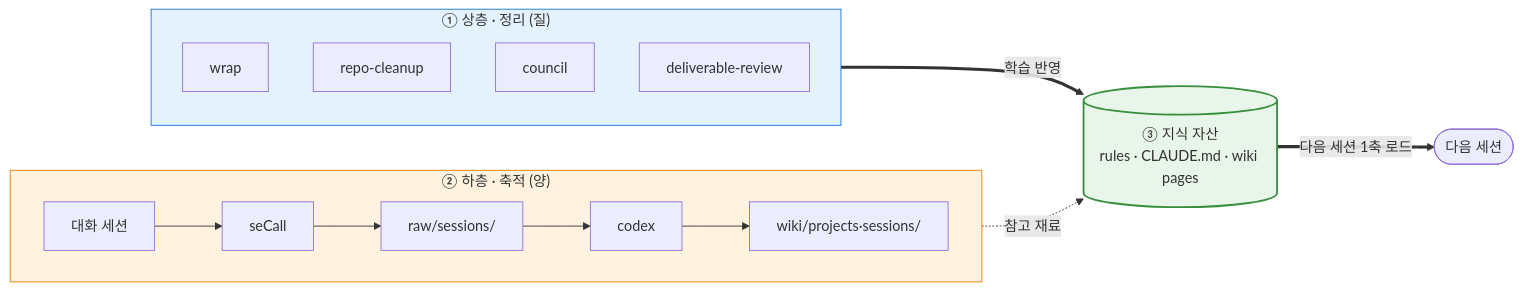
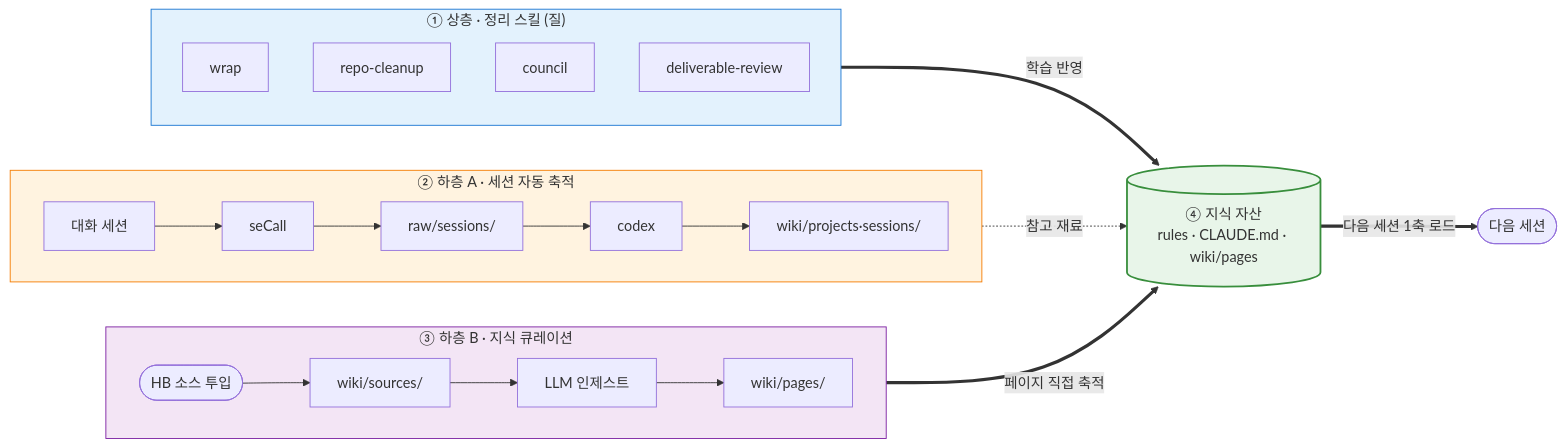
The third of 4 diagrams in README.md (henry-1981/context-first-harness), drawn with Mermaid before and after one commit. The commit also changed other lines of this file, not shown here.

Commit message:
docs(readme): 3축 맥락 유지를 삼층 구조로 재설계 (지식 큐레이션 경로 추가)

````diff
--- a/README.md
+++ b/README.md
@@ -99,26 +99,34 @@
 ```mermaid
 flowchart LR
-    subgraph upper ["① 상층 · 정리 (질)"]
+    subgraph upper ["① 상층 · 정리 스킬 (질)"]
         direction TB
         wrap[wrap]
         cleanup[repo-cleanup]
         council[council]
         review[deliverable-review]
     end
 
-    subgraph lower ["② 하층 · 축적 (양)"]
+    subgraph lower_a ["② 하층 A · 세션 자동 축적"]
         direction LR
         session[대화 세션] --> secall[seCall] --> raw[raw/sessions/] --> codex[codex] --> processed[wiki/projects·sessions/]
     end
 
-    upper ==>|학습 반영| target[("③ 지식 자산<br/>rules · CLAUDE.md · wiki pages")]
-    lower -.참고 재료.-> target
+    subgraph lower_b ["③ 하층 B · 지식 큐레이션"]
+        direction LR
+        hb([HB 소스 투입]) --> sources[wiki/sources/] --> llm_ing[LLM 인제스트] --> pages[wiki/pages/]
+    end
+
+    upper ==>|학습 반영| target[("④ 지식 자산<br/>rules · CLAUDE.md · wiki/pages")]
+    lower_a -.참고 재료.-> target
+    lower_b ==>|페이지 직접 축적| target
     target ==>|다음 세션 1축 로드| next([다음 세션])
 
     classDef quality fill:#e3f2fd,stroke:#1976d2
     classDef volume fill:#fff3e0,stroke:#f57c00
+    classDef curation fill:#f3e5f5,stroke:#7b1fa2
     classDef asset fill:#e8f5e9,stroke:#388e3c,stroke-width:2px
     class upper quality
-    class lower volume
+    class lower_a volume
+    class lower_b curation
     class target asset
 ```
````
